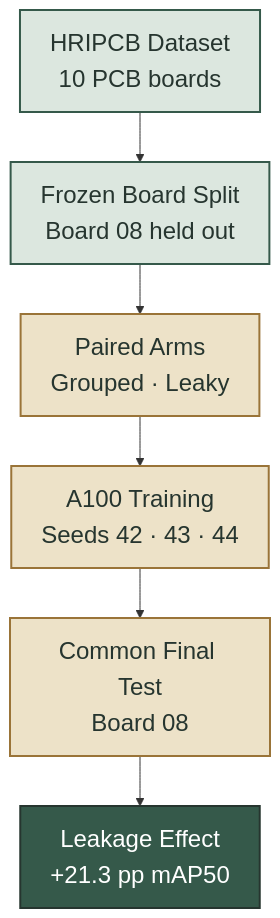
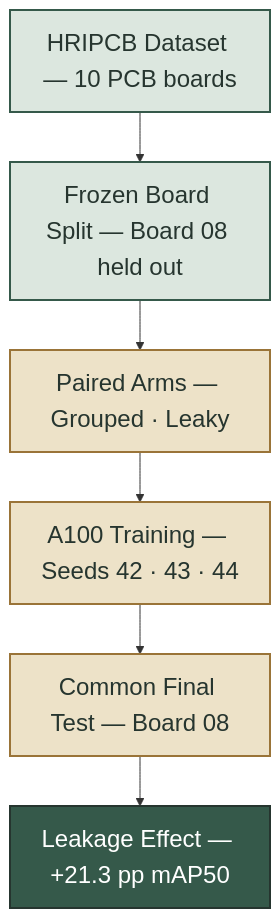
One commit to kuotunyu/pcb-defect-detection changed the fourth of 5 diagrams in README.md. Above: the diagram before and after it, drawn with Mermaid. The commit also changed other lines of this file and 1 other file, not shown here.

Commit message:
docs: avoid GitHub Mermaid line-break collapse

````diff
--- a/README.md
+++ b/README.md
@@ -169,23 +169,23 @@
 ```mermaid
 %%{init: {'themeVariables': {'fontSize': '24px'}}}%%
 flowchart TB
     accTitle: PCB 板級防洩漏與成對實驗流程
     accDescr: HRIPCB 依 Board ID 凍結分割，Grouped 與 Leaky Control 在三個 seeds 下共用 Board 08 final test，評估 same-board exposure effect。
 
-    Dataset["HRIPCB Dataset<br/>10 PCB boards"]
-    Split["Frozen Board Split<br/>Board 08 held out"]
-    Arms["Paired Arms<br/>Grouped · Leaky"]
-    Train["A100 Training<br/>Seeds 42 · 43 · 44"]
-    Test["Common Final Test<br/>Board 08"]
-    Effect["Leakage Effect<br/>+21.3 pp mAP50"]
+    Dataset["HRIPCB Dataset — 10 PCB boards"]
+    Split["Frozen Board Split — Board 08 held out"]
+    Arms["Paired Arms — Grouped · Leaky"]
+    Train["A100 Training — Seeds 42 · 43 · 44"]
+    Test["Common Final Test — Board 08"]
+    Effect["Leakage Effect — +21.3 pp mAP50"]
 
     Dataset --> Split --> Arms --> Train --> Test --> Effect
 
     classDef source fill:#DCE7DF,stroke:#35594A,stroke-width:2px,color:#26352F
     classDef process fill:#EDE2C8,stroke:#9A7438,stroke-width:2px,color:#26352F
     classDef result fill:#35594A,stroke:#26352F,stroke-width:2px,color:#FFFFFF
 
     class Dataset,Split source
     class Arms,Train,Test process
     class Effect result
 ```
````
